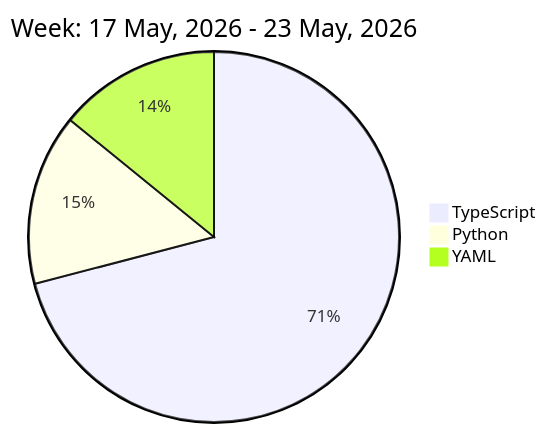
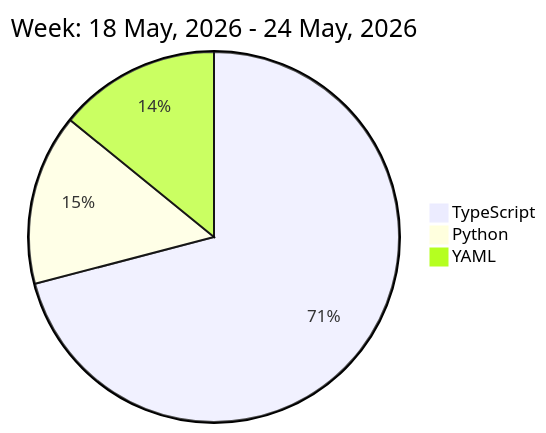
One commit to liubin95/liubin95 changed the diagram in README.md. Above: the diagram before and after it, drawn with Mermaid.

Commit message:
Updated the Graph with new Metrics

````diff
--- a/README.md
+++ b/README.md
@@ -32,7 +32,7 @@
 ```mermaid
  pie
-title Week: 17 May, 2026 - 23 May, 2026
+title Week: 18 May, 2026 - 24 May, 2026
  "TypeScript" : 13.15
  "Python" : 2.77
  "YAML" : 2.62
 ```
````
